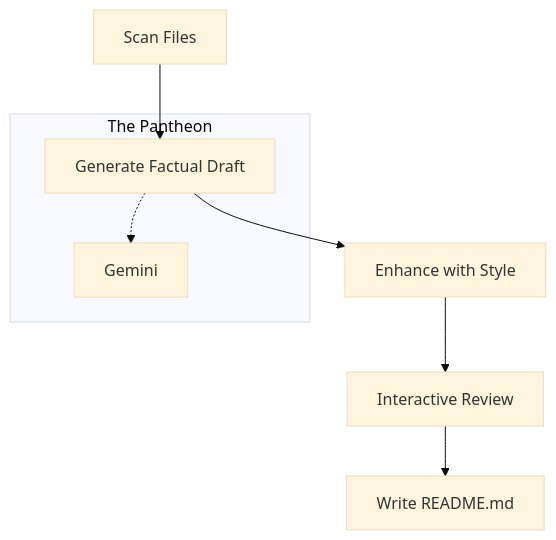
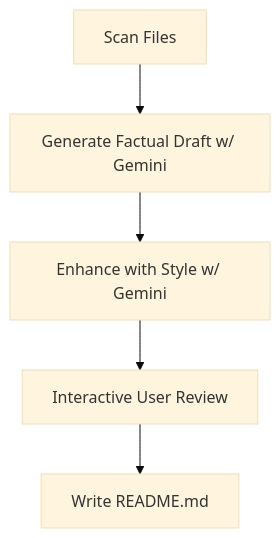
Before and after one commit to shivadeepak99/readme-ai-genie: the diagram in README.md, drawn with Mermaid (base theme). The commit also changed other lines of this file and 12 other files, not shown here.

````diff
--- a/README.md
+++ b/README.md
@@ -36,11 +34,7 @@
 ```mermaid
 graph TD
-    A[Scan Files] --> B[Generate Factual Draft]
-    B --> C[Enhance with Style]
-    C --> D[Interactive Review]
+    A[Scan Files] --> B[Generate Factual Draft w/ Gemini]
+    B --> C[Enhance with Style w/ Gemini]
+    C --> D[Interactive User Review]
     D --> E[Write README.md]
-
-    subgraph "The Pantheon"
-        B -.-> Gemini
-    end
 ```
````
